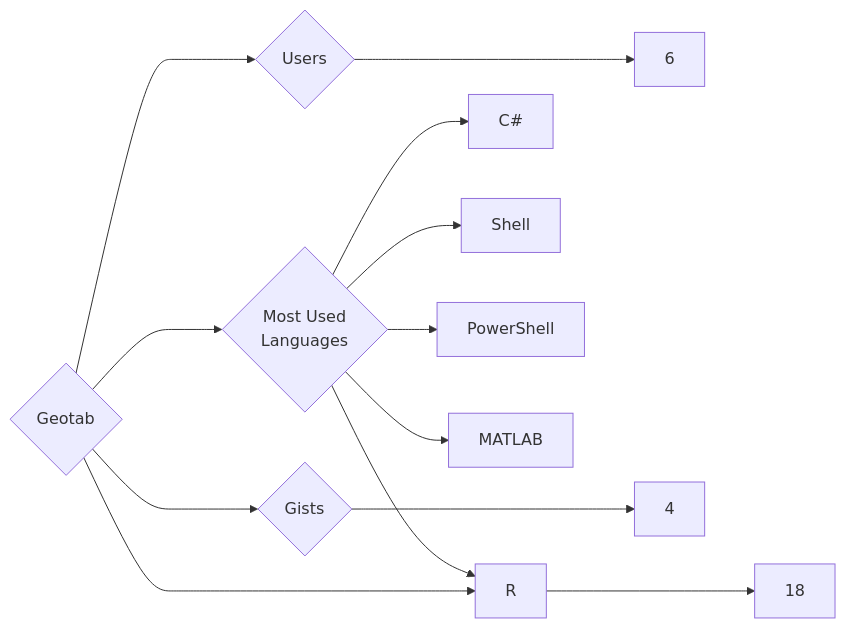
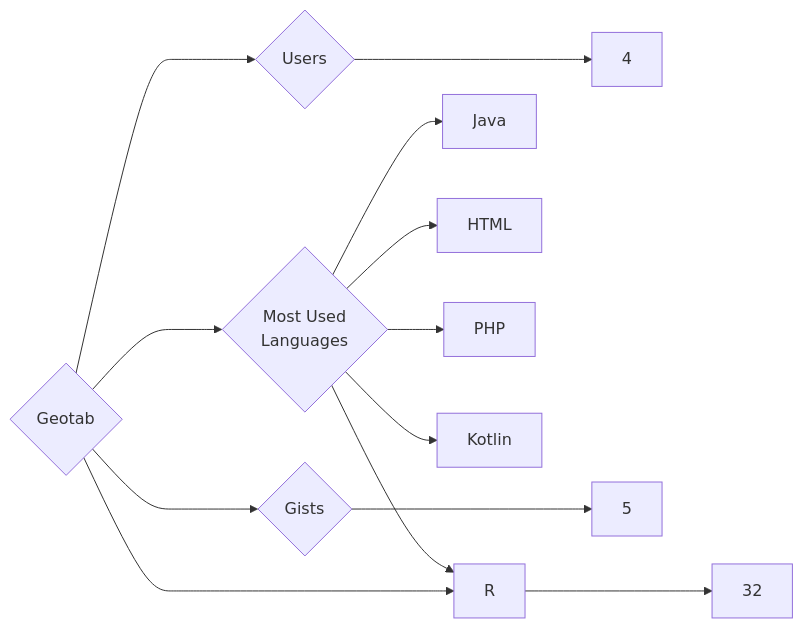
One commit to trickest/insiders changed the diagram in targets/Geotab/README.md. Above: the diagram before and after it, drawn with Mermaid. The commit also changed 1092 other files, not shown here.

````diff
--- a/targets/Geotab/README.md
+++ b/targets/Geotab/README.md
@@ -3,13 +3,13 @@
 ```mermaid
 graph LR
 COMPANY_NAME{Geotab}
-COMPANY_NAME ---> U{Users} ---> UN[6]
-COMPANY_NAME ---> R{Repositories} ---> RN[18]
-COMPANY_NAME ---> G{Gists} ---> GN[4]
+COMPANY_NAME ---> U{Users} ---> UN[4]
+COMPANY_NAME ---> R{Repositories} ---> RN[32]
+COMPANY_NAME ---> G{Gists} ---> GN[5]
 COMPANY_NAME ---> ML{Most Used<br>Languages}
-ML --> C#[C#]
+ML --> Java[Java]
+ML --> HTML[HTML]
 ML --> R[R]
-ML --> Shell[Shell]
-ML --> PowerShell[PowerShell]
-ML --> MATLAB[MATLAB]
+ML --> PHP[PHP]
+ML --> Kotlin[Kotlin]
 ```
````
